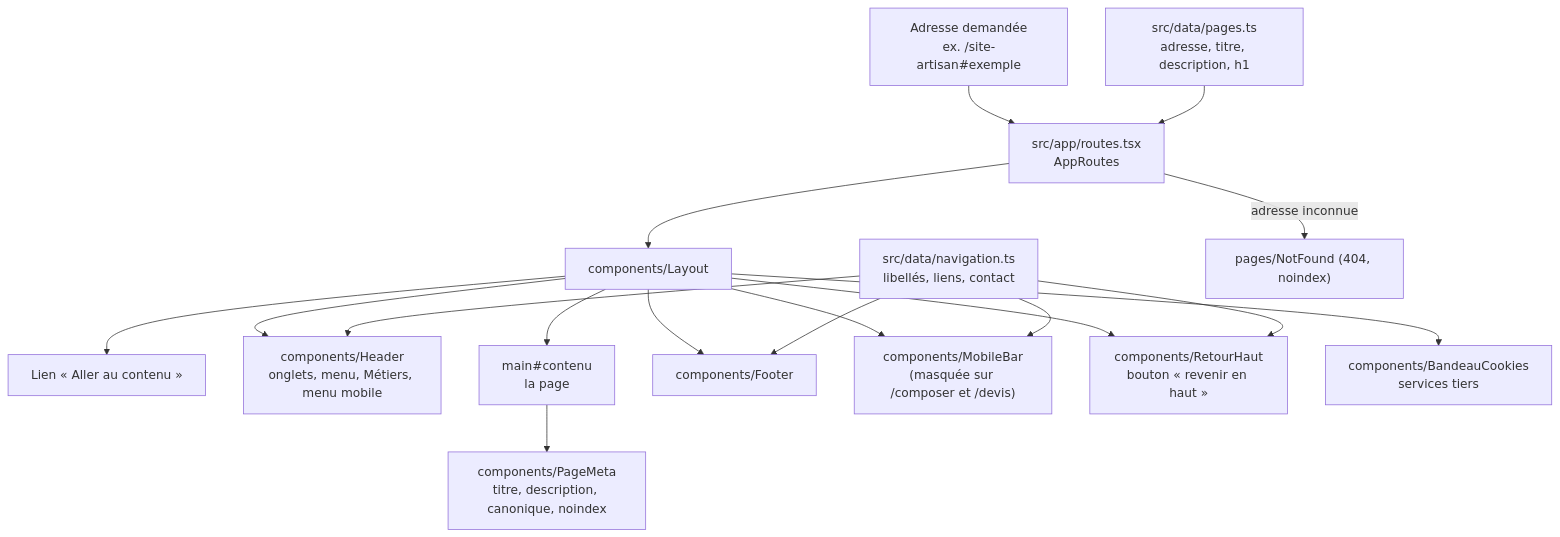
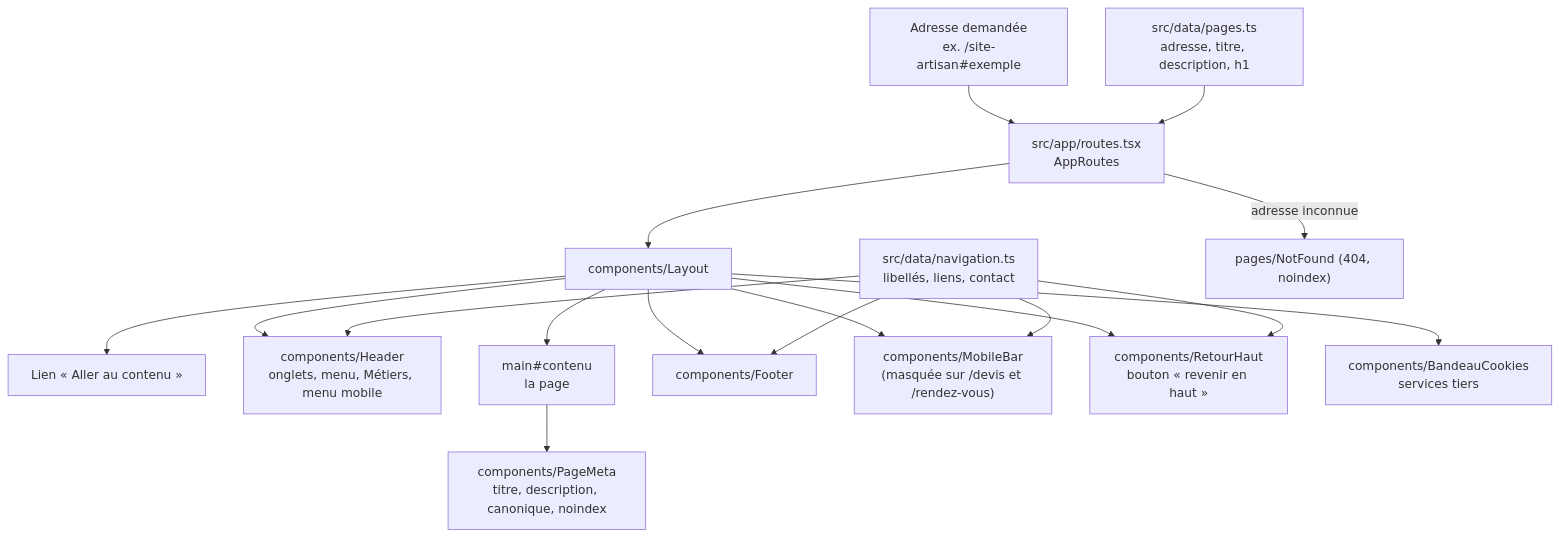
The first of 2 diagrams in docs/fonctionnalites/navigation.md (bsandoz79/bsandoz-site), drawn with Mermaid before and after one commit. The commit also changed other lines of this file and 53 other files, not shown here.

````diff
--- a/docs/fonctionnalites/navigation.md
+++ b/docs/fonctionnalites/navigation.md
@@ -7,16 +7,16 @@
 ```mermaid
 flowchart TB
   url["Adresse demandée<br/>ex. /site-artisan#exemple"] --> routes["src/app/routes.tsx<br/>AppRoutes"]
   pagesData["src/data/pages.ts<br/>adresse, titre, description, h1"] --> routes
   routes --> layout["components/Layout"]
   layout --> skip["Lien « Aller au contenu »"]
   layout --> header["components/Header<br/>onglets, menu, Métiers, menu mobile"]
   layout --> main["main#contenu<br/>la page"]
   layout --> footer["components/Footer"]
-  layout --> bar["components/MobileBar<br/>(masquée sur /composer et /devis)"]
+  layout --> bar["components/MobileBar<br/>(masquée sur /devis et /rendez-vous)"]
   layout --> haut["components/RetourHaut<br/>bouton « revenir en haut »"]
   layout --> bandeau["components/BandeauCookies<br/>services tiers"]
   nav["src/data/navigation.ts<br/>libellés, liens, contact"] --> header & footer & bar & haut
   main --> meta["components/PageMeta<br/>titre, description, canonique, noindex"]
   routes -- "adresse inconnue" --> nf["pages/NotFound (404, noindex)"]
 ```
````
